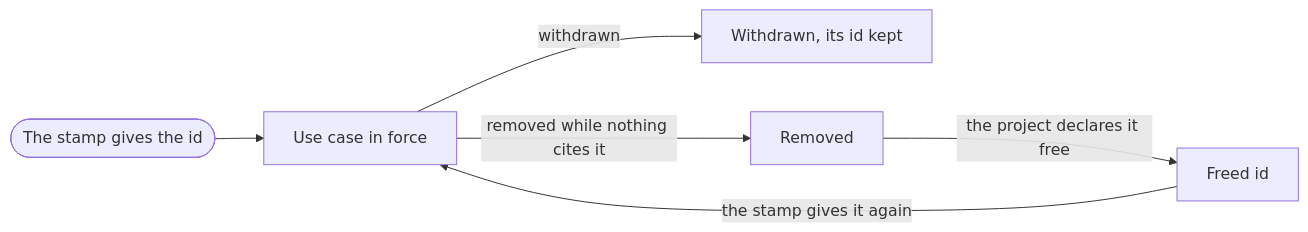
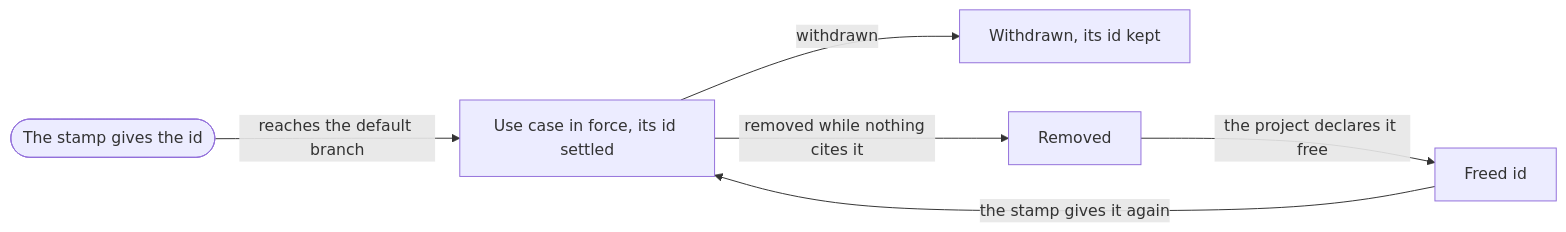
One commit to aleskalfas/project-kit changed the second of 2 diagrams in tech-docs/analysis/software-analysis/domain-model/010-analyses-and-use-cases.md. Above: the diagram before and after it, drawn with Mermaid. The commit also changed other lines of this file and 14 other files, not shown here.

````diff
--- a/tech-docs/analysis/software-analysis/domain-model/010-analyses-and-use-cases.md
+++ b/tech-docs/analysis/software-analysis/domain-model/010-analyses-and-use-cases.md
@@ -45,10 +45,10 @@
 ```mermaid
 flowchart LR
   accTitle: How an id is given, kept and freed
-  accDescr: The stamp gives a new use case its id. A use case in force may be withdrawn, and keeps its id. One that nothing cites may be removed, and once the project declares its id free, the stamp may give it again.
-  given([The stamp gives the id]) --> inForce[Use case in force]
+  accDescr: The stamp gives a new use case its id, which is settled once the use case reaches the default branch. A use case in force may be withdrawn, and keeps its id. One that nothing cites may be removed, and once the project declares its id free, the stamp may give it again.
+  given([The stamp gives the id]) -->|reaches the default branch| inForce[Use case in force, its id settled]
   inForce -->|withdrawn| withdrawn[Withdrawn, its id kept]
   inForce -->|removed while nothing cites it| removed[Removed]
   removed -->|the project declares it free| freed[Freed id]
   freed -->|the stamp gives it again| inForce
 ```
````
